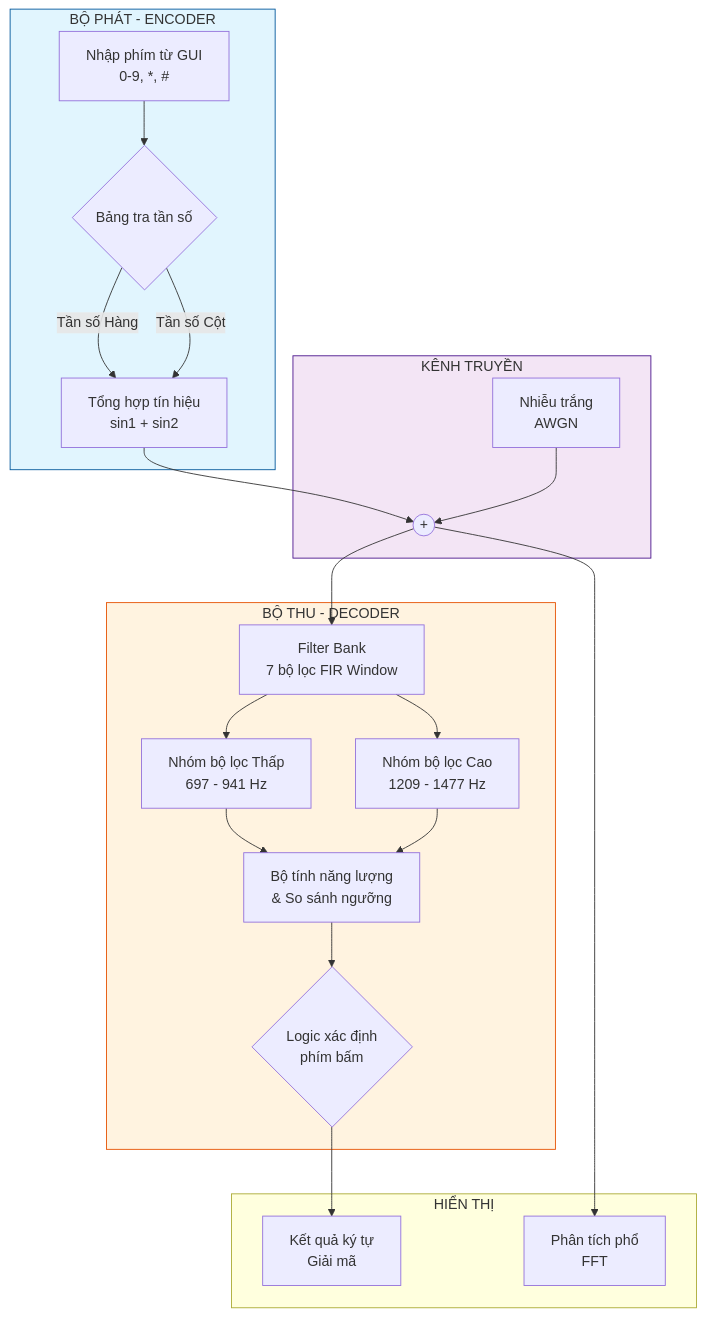
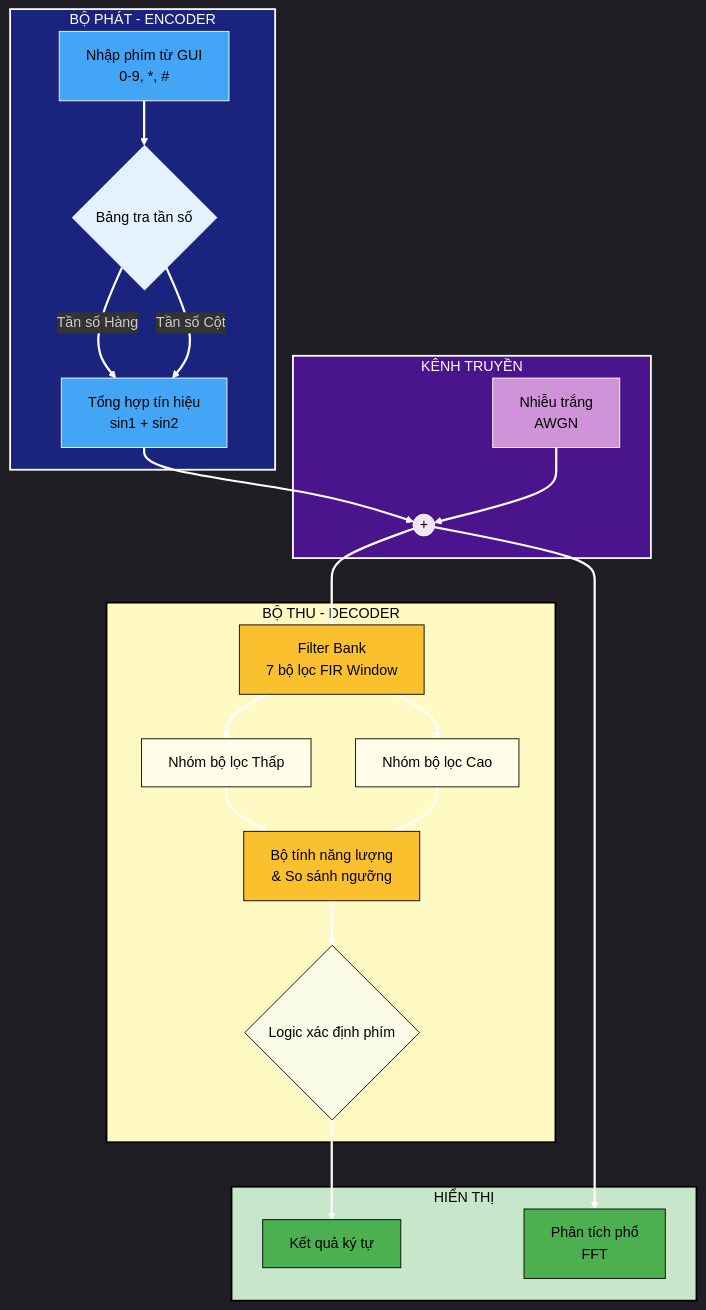
One commit to trieuwu/BTL-_-XLTHS-_-PTIT changed the diagram in flow_chart.md. Above: the diagram before and after it, drawn with Mermaid. The commit also changed 1 other file, not shown here.

Commit message:
update markdown colour

````diff
--- a/flow_chart.md
+++ b/flow_chart.md
@@ -1,36 +1,61 @@
 ```mermaid
+%%{init: {'theme': 'dark', 'themeVariables': { 'edgeLabelBackground':'#333', 'tertiaryColor': '#fff'}}}%%
 graph TD
-    %% Khối Phát
+    %% --- ĐỊNH NGHĨA CÁC ĐƯỜNG NỐI (LINK STYLE) TẠI ĐÂY --- %%
+    %% Làm cho TẤT CẢ các đường nối có màu trắng sáng và dày lên để nổi bật
+    linkStyle default stroke:#FFFFFF,stroke-width:2.5px,fill:none;
+    
+    %% --- KHỐI PHÁT (ENCODER) --- %%
     subgraph Transmitter [BỘ PHÁT - ENCODER]
         A[Nhập phím từ GUI <br> 0-9, *, #] --> B{Bảng tra tần số}
         B -- Tần số Hàng --> C[Tổng hợp tín hiệu <br> sin1 + sin2]
         B -- Tần số Cột --> C
     end
 
-    %% Kênh truyền
+    %% --- KÊNH TRUYỀN --- %%
     subgraph Channel [KÊNH TRUYỀN]
         C --> D((+))
         E[Nhiễu trắng <br> AWGN] --> D
     end
 
-    %% Khối Thu
+    %% --- KHỐI THU (DECODER) --- %%
     subgraph Receiver [BỘ THU - DECODER]
         D --> F[Filter Bank <br> 7 bộ lọc FIR Window]
-        F --> G[Nhóm bộ lọc Thấp <br> 697 - 941 Hz]
-        F --> H[Nhóm bộ lọc Cao <br> 1209 - 1477 Hz]
+        F --> G[Nhóm bộ lọc Thấp]
+        F --> H[Nhóm bộ lọc Cao]
         G --> I[Bộ tính năng lượng <br> & So sánh ngưỡng]
         H --> I
-        I --> J{Logic xác định <br> phím bấm}
+        I --> J{Logic xác định phím}
     end
 
-    %% Kết quả
+    %% --- KẾT QUẢ --- %%
     subgraph Result [HIỂN THỊ]
-        J --> K[Kết quả ký tự <br> Giải mã]
+        J --> K[Kết quả ký tự]
         D --> L[Phân tích phổ <br> FFT]
     end
 
-    %% Định dạng màu sắc
-    style Transmitter fill:#e1f5fe,stroke:#01579b
-    style Receiver fill:#fff3e0,stroke:#e65100
-    style Channel fill:#f3e5f5,stroke:#4a148c
+    %% --- ĐỊNH DẠNG MÀU KHỐI (HIGH CONTRAST) --- %%
+    %% Transmitter (Xanh dương)
+    style Transmitter fill:#1a237e,stroke:#fff,stroke-width:2px,color:#fff
+    style A fill:#42a5f5,stroke:#fff,stroke-width:1px,color:#000
+    style B fill:#e3f2fd,stroke:#fff,stroke-width:1px,color:#000
+    style C fill:#42a5f5,stroke:#fff,stroke-width:1px,color:#000
+
+    %% Receiver (Vàng)
+    style Receiver fill:#fff9c4,stroke:#000,stroke-width:2px,color:#000
+    style F fill:#fbc02d,stroke:#000,stroke-width:1px,color:#000
+    style G fill:#fffde7,stroke:#000,stroke-width:1px,color:#000
+    style H fill:#fffde7,stroke:#000,stroke-width:1px,color:#000
+    style I fill:#fbc02d,stroke:#000,stroke-width:1px,color:#000
+    style J fill:#f9fbe7,stroke:#000,stroke-width:1px,color:#000
+
+    %% Channel (Tím)
+    style Channel fill:#4a148c,stroke:#fff,stroke-width:2px,color:#fff
+    style D fill:#f3e5f5,stroke:#fff,stroke-width:1px,color:#000
+    style E fill:#ce93d8,stroke:#fff,stroke-width:1px,color:#000
+
+    %% Result (Xanh lá)
+    style Result fill:#c8e6c9,stroke:#000,stroke-width:2px,color:#000
+    style K fill:#4caf50,stroke:#000,stroke-width:1px,color:#000
+    style L fill:#4caf50,stroke:#000,stroke-width:1px,color:#000
 ```
````
